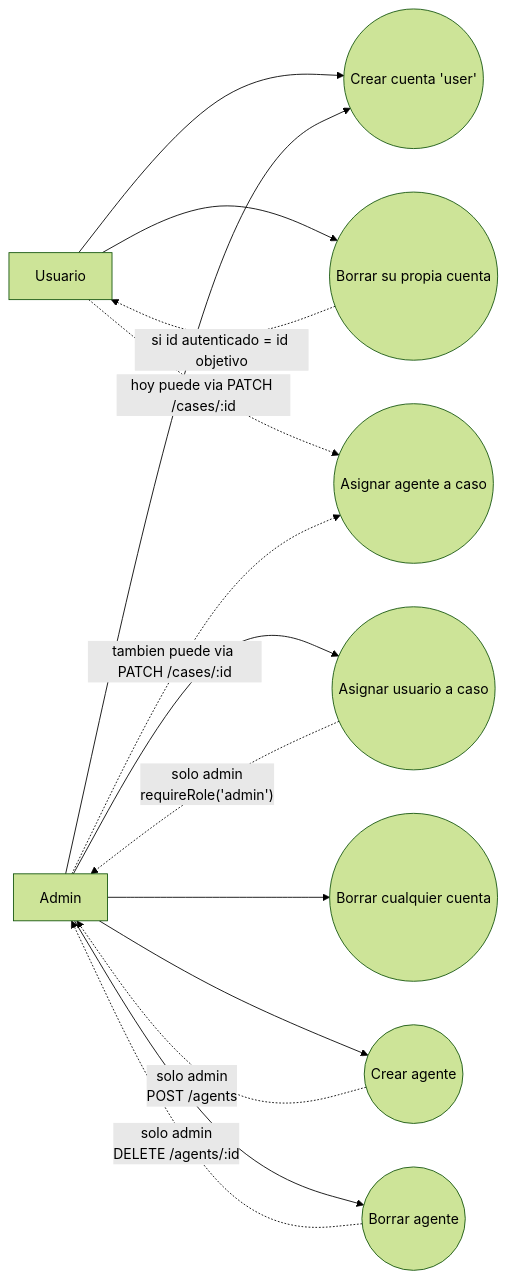
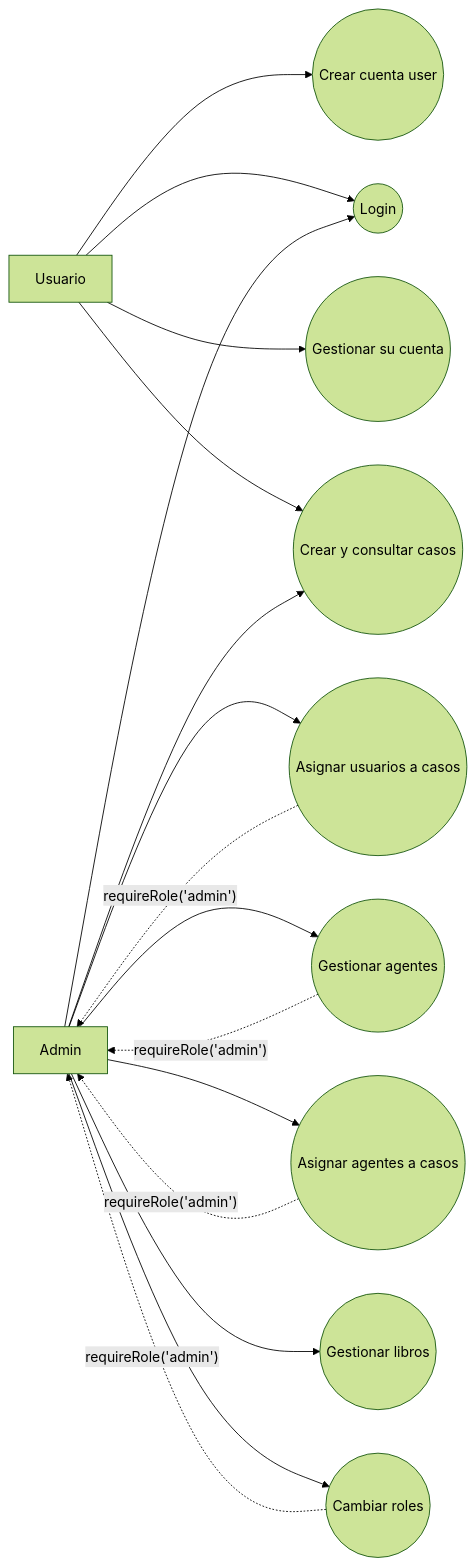
One commit to candytale55/Ankh-Morpork-City-Watch-Backend changed the diagram in docs/dev-notes.md. Above: the diagram before and after it, drawn with Mermaid (forest theme). The commit also changed other lines of this file and 5 other files, not shown here.

````diff
--- a/docs/dev-notes.md
+++ b/docs/dev-notes.md
@@ -166,30 +268,33 @@
 ```mermaid
 flowchart LR
     U[Usuario]
     AD[Admin]
 
-    UC1((Crear cuenta 'user'))
-    UC2((Borrar su propia cuenta))
-    UC3((Asignar usuario a caso))
-    UC4((Borrar cualquier cuenta))
-    UC5((Crear agente))
-    UC6((Asignar agente a caso))
-    UC7((Borrar agente))
+    UC1((Crear cuenta user))
+    UC2((Login))
+    UC3((Gestionar su cuenta))
+    UC4((Crear y consultar casos))
+    UC5((Asignar usuarios a casos))
+    UC6((Gestionar agentes))
+    UC7((Asignar agentes a casos))
+    UC8((Gestionar libros))
+    UC9((Cambiar roles))
 
     U --> UC1
     U --> UC2
+    U --> UC3
+    U --> UC4
 
-    AD --> UC1
-    AD --> UC3
+    AD --> UC2
     AD --> UC4
     AD --> UC5
+    AD --> UC6
     AD --> UC7
+    AD --> UC8
+    AD --> UC9
 
-    U -. "hoy puede via PATCH /cases/:id" .-> UC6
-    AD -. "tambien puede via PATCH /cases/:id" .-> UC6
-
-    UC3 -. "solo admin\nrequireRole('admin')" .-> AD
-    UC2 -. "si id autenticado = id objetivo" .-> U
-    UC5 -. "solo admin\nPOST /agents" .-> AD
-    UC7 -. "solo admin\nDELETE /agents/:id" .-> AD
+    UC5 -. "requireRole('admin')" .-> AD
+    UC6 -. "requireRole('admin')" .-> AD
+    UC7 -. "requireRole('admin')" .-> AD
+    UC9 -. "requireRole('admin')" .-> AD
 ```
````
